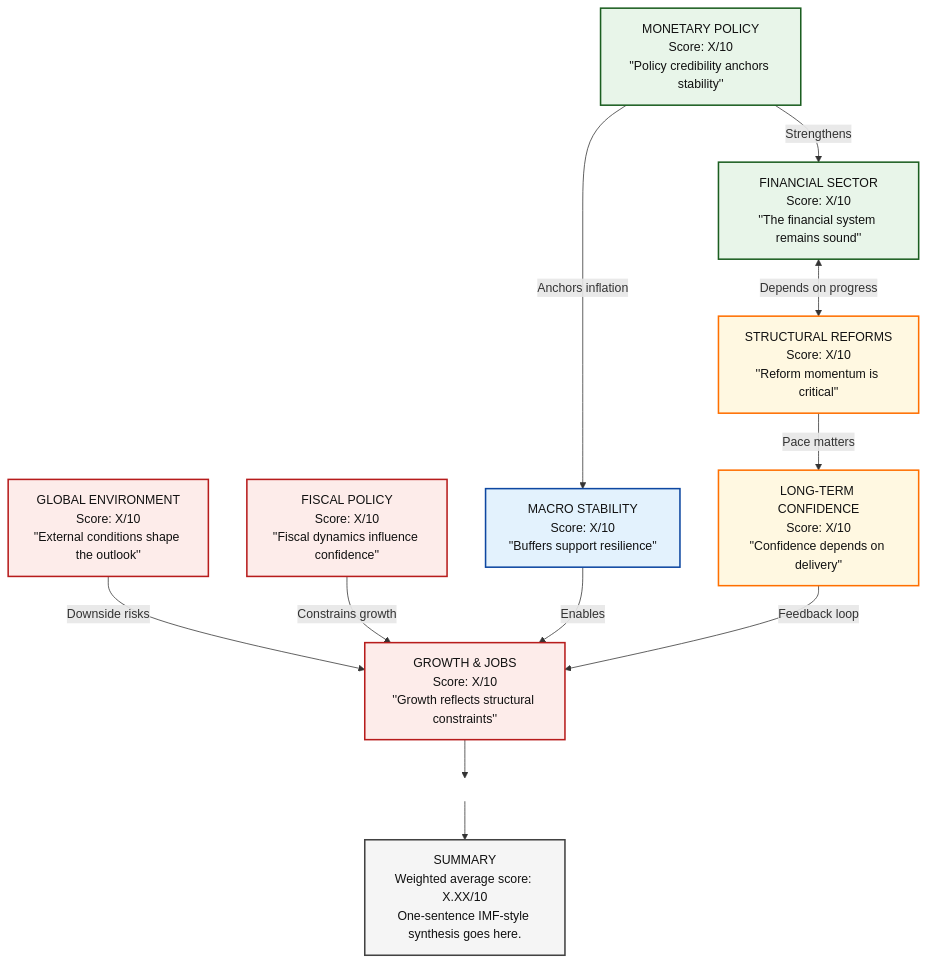
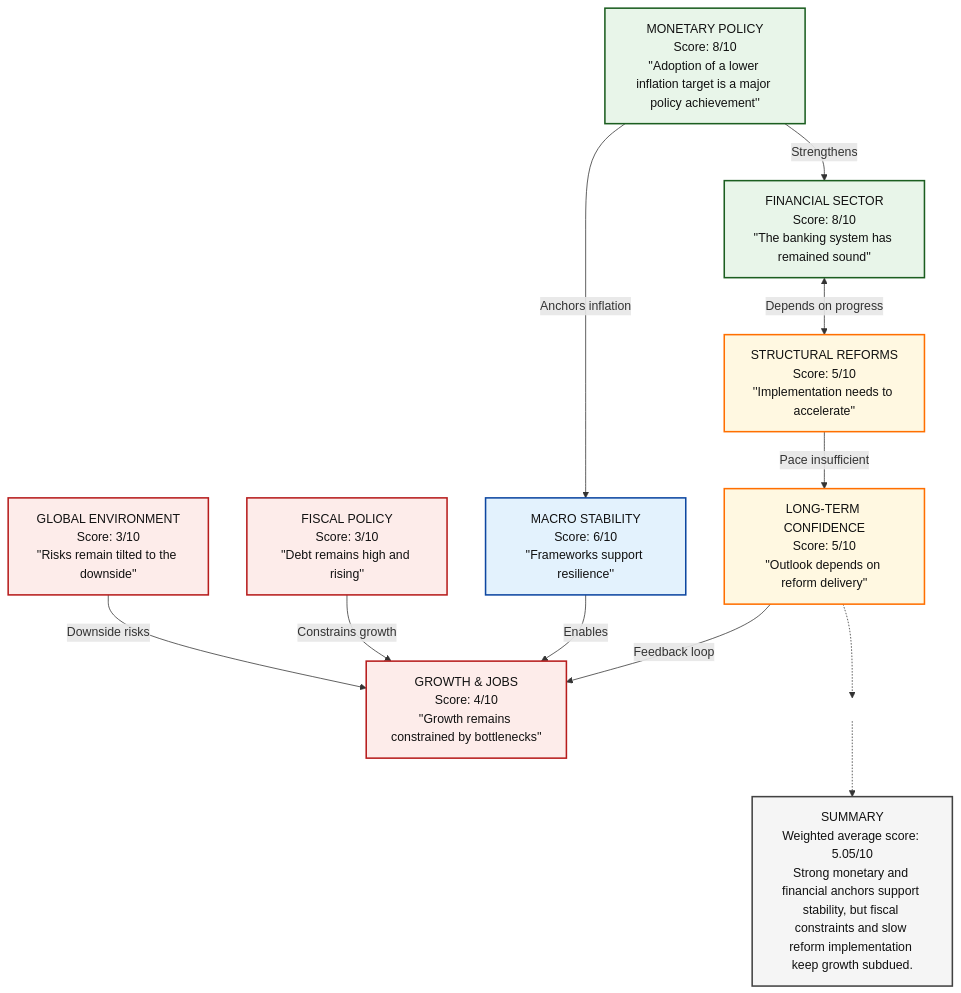
One commit to Tellusant/docs changed the second of 2 diagrams in articles-posts/economic-sentiment-zaf.md. Above: the diagram before and after it, drawn with Mermaid.

```diff
--- a/articles-posts/economic-sentiment-zaf.md
+++ b/articles-posts/economic-sentiment-zaf.md
@@ -35,40 +35,41 @@
 <div class="mermaid">
-flowchart TD
+
+ flowchart TD
 
 %% ========= NODES =========
-GE["GLOBAL ENVIRONMENT\nScore: X/10\n''External conditions shape the outlook''"]:::risk
-FP["FISCAL POLICY\nScore: X/10\n''Fiscal dynamics influence confidence''"]:::risk
-GJ["GROWTH & JOBS\nScore: X/10\n''Growth reflects structural constraints''"]:::risk
-MP["MONETARY POLICY\nScore: X/10\n''Policy credibility anchors stability''"]:::strong
-MS["MACRO STABILITY\nScore: X/10\n''Buffers support resilience''"]:::neutral
-FS["FINANCIAL SECTOR\nScore: X/10\n''The financial system remains sound''"]:::strong
-SR["STRUCTURAL REFORMS\nScore: X/10\n''Reform momentum is critical''"]:::mixed
-LC["LONG-TERM CONFIDENCE\nScore: X/10\n''Confidence depends on delivery''"]:::mixed
+GE["GLOBAL ENVIRONMENT\nScore: 3/10\n''Risks remain tilted to the downside''"]:::risk
+FP["FISCAL POLICY\nScore: 3/10\n''Debt remains high and rising''"]:::risk
+GJ["GROWTH & JOBS\nScore: 4/10\n''Growth remains constrained by bottlenecks''"]:::risk
+MP["MONETARY POLICY\nScore: 8/10\n''Adoption of a lower inflation target is a major policy achievement''"]:::strong
+MS["MACRO STABILITY\nScore: 6/10\n''Frameworks support resilience''"]:::neutral
+FS["FINANCIAL SECTOR\nScore: 8/10\n''The banking system has remained sound''"]:::strong
+SR["STRUCTURAL REFORMS\nScore: 5/10\n''Implementation needs to accelerate''"]:::mixed
+LC["LONG-TERM CONFIDENCE\nScore: 5/10\n''Outlook depends on reform delivery''"]:::mixed
 
 %% ========= RELATIONSHIPS =========
 GE -->|Downside risks| GJ
 FP -->|Constrains growth| GJ
 MP -->|Anchors inflation| MS
 MS -->|Enables| GJ
 MP -->|Strengthens| FS
 FS <-->|Depends on progress| SR
-SR -->|Pace matters| LC
+SR -->|Pace insufficient| LC
 LC -->|Feedback loop| GJ
 
-%% ========= INVISIBLE ANCHOR =========
+%% ========= INVISIBLE LAYOUT CONTROL =========
 ANCHOR[" "]:::anchor
-GJ --> ANCHOR
+LC -.-> ANCHOR
 
-%% ========= SUMMARY (FORCED BELOW) =========
-SUM["SUMMARY\nWeighted average score: X.XX/10\nOne-sentence IMF-style synthesis goes here."]:::summary
-ANCHOR --> SUM
+%% ========= SUMMARY (FORCED BELOW, NO VISIBLE ARROWS) =========
+SUM["SUMMARY\nWeighted average score: 5.05/10\nStrong monetary and financial anchors support stability, but fiscal constraints and slow reform implementation keep growth subdued."]:::summary
+ANCHOR -.-> SUM
 
 %% ========= STYLES =========
 classDef strong  fill:#E8F5E9,stroke:#1B5E20,stroke-width:2px,color:#111;
 classDef neutral fill:#E3F2FD,stroke:#0D47A1,stroke-width:2px,color:#111;
 classDef mixed   fill:#FFF8E1,stroke:#FF6F00,stroke-width:2px,color:#111;
 classDef risk    fill:#FDECEA,stroke:#B71C1C,stroke-width:2px,color:#111;
 classDef summary fill:#F5F5F5,stroke:#424242,stroke-width:2px,color:#111;
 classDef anchor fill:transparent,stroke:transparent;
 
 </div>
```
